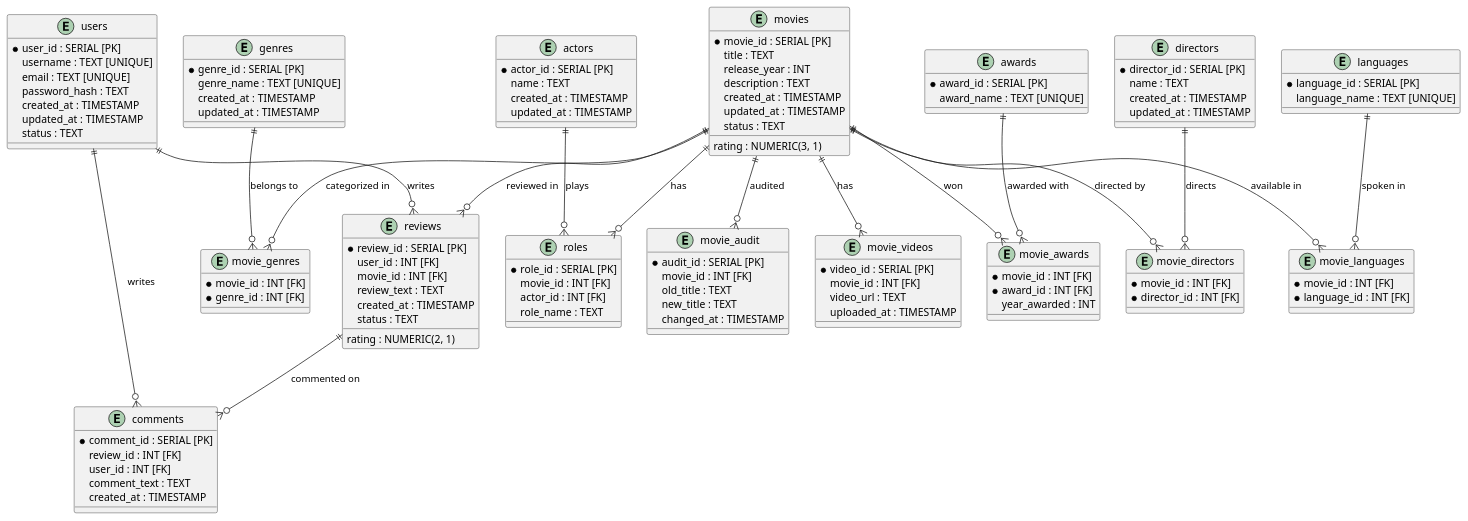
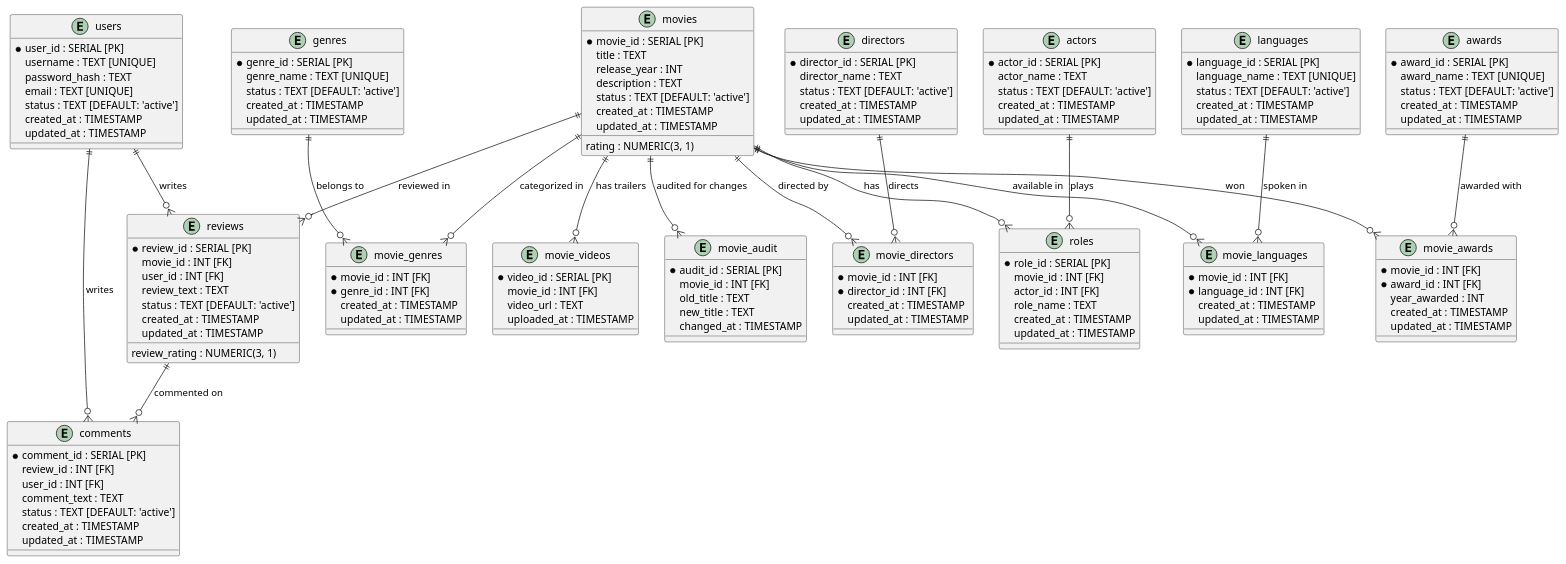
One commit to JeanChavezA/imdb-clone changed the diagram in sql/db_erd.puml. Above: the diagram before and after it, drawn with PlantUML. The commit also changed 4 other files, not shown here.

Commit message:
Implementación de sugerencias de auditoría, optimización de índices y creación del diagrama UML

```diff
--- a/sql/db_erd.puml
+++ b/sql/db_erd.puml
@@ -1,131 +1,155 @@
 @startuml
+
+entity users {
+    *user_id : SERIAL [PK]
+    username : TEXT [UNIQUE]
+    password_hash : TEXT
+    email : TEXT [UNIQUE]
+    status : TEXT [DEFAULT: 'active']
+    created_at : TIMESTAMP
+    updated_at : TIMESTAMP
+}
+
+entity actors {
+    *actor_id : SERIAL [PK]
+    actor_name : TEXT
+    status : TEXT [DEFAULT: 'active']
+    created_at : TIMESTAMP
+    updated_at : TIMESTAMP
+}
+
+entity genres {
+    *genre_id : SERIAL [PK]
+    genre_name : TEXT [UNIQUE]
+    status : TEXT [DEFAULT: 'active']
+    created_at : TIMESTAMP
+    updated_at : TIMESTAMP
+}
+
 entity movies {
     *movie_id : SERIAL [PK]
     title : TEXT
     release_year : INT
     rating : NUMERIC(3, 1)
     description : TEXT
+    status : TEXT [DEFAULT: 'active']
     created_at : TIMESTAMP
     updated_at : TIMESTAMP
-    status : TEXT
 }
 
-entity actors {
-    *actor_id : SERIAL [PK]
-    name : TEXT
+entity directors {
+    *director_id : SERIAL [PK]
+    director_name : TEXT
+    status : TEXT [DEFAULT: 'active']
+    created_at : TIMESTAMP
+    updated_at : TIMESTAMP
+}
+
+entity awards {
+    *award_id : SERIAL [PK]
+    award_name : TEXT [UNIQUE]
+    status : TEXT [DEFAULT: 'active']
+    created_at : TIMESTAMP
+    updated_at : TIMESTAMP
+}
+
+entity languages {
+    *language_id : SERIAL [PK]
+    language_name : TEXT [UNIQUE]
+    status : TEXT [DEFAULT: 'active']
+    created_at : TIMESTAMP
+    updated_at : TIMESTAMP
+}
+
+entity reviews {
+    *review_id : SERIAL [PK]
+    movie_id : INT [FK]
+    user_id : INT [FK]
+    review_text : TEXT
+    review_rating : NUMERIC(3, 1)
+    status : TEXT [DEFAULT: 'active']
+    created_at : TIMESTAMP
+    updated_at : TIMESTAMP
+}
+
+entity comments {
+    *comment_id : SERIAL [PK]
+    review_id : INT [FK]
+    user_id : INT [FK]
+    comment_text : TEXT
+    status : TEXT [DEFAULT: 'active']
     created_at : TIMESTAMP
     updated_at : TIMESTAMP
 }
 
 entity roles {
     *role_id : SERIAL [PK]
     movie_id : INT [FK]
     actor_id : INT [FK]
     role_name : TEXT
-}
-
-entity users {
-    *user_id : SERIAL [PK]
-    username : TEXT [UNIQUE]
-    email : TEXT [UNIQUE]
-    password_hash : TEXT
-    created_at : TIMESTAMP
-    updated_at : TIMESTAMP
-    status : TEXT
-}
-
-entity reviews {
-    *review_id : SERIAL [PK]
-    user_id : INT [FK]
-    movie_id : INT [FK]
-    rating : NUMERIC(2, 1)
-    review_text : TEXT
-    created_at : TIMESTAMP
-    status : TEXT
-}
-
-entity genres {
-    *genre_id : SERIAL [PK]
-    genre_name : TEXT [UNIQUE]
     created_at : TIMESTAMP
     updated_at : TIMESTAMP
 }
 
 entity movie_genres {
     *movie_id : INT [FK]
     *genre_id : INT [FK]
-}
-
-entity directors {
-    *director_id : SERIAL [PK]
-    name : TEXT
     created_at : TIMESTAMP
     updated_at : TIMESTAMP
 }
 
 entity movie_directors {
     *movie_id : INT [FK]
     *director_id : INT [FK]
-}
-
-entity languages {
-    *language_id : SERIAL [PK]
-    language_name : TEXT [UNIQUE]
+    created_at : TIMESTAMP
+    updated_at : TIMESTAMP
 }
 
 entity movie_languages {
     *movie_id : INT [FK]
     *language_id : INT [FK]
-}
-
-entity awards {
-    *award_id : SERIAL [PK]
-    award_name : TEXT [UNIQUE]
+    created_at : TIMESTAMP
+    updated_at : TIMESTAMP
 }
 
 entity movie_awards {
     *movie_id : INT [FK]
     *award_id : INT [FK]
     year_awarded : INT
+    created_at : TIMESTAMP
+    updated_at : TIMESTAMP
 }
 
-entity comments {
-    *comment_id : SERIAL [PK]
-    review_id : INT [FK]
-    user_id : INT [FK]
-    comment_text : TEXT
-    created_at : TIMESTAMP
+entity movie_videos {
+    *video_id : SERIAL [PK]
+    movie_id : INT [FK]
+    video_url : TEXT
+    uploaded_at : TIMESTAMP
 }
 
 entity movie_audit {
     *audit_id : SERIAL [PK]
     movie_id : INT [FK]
     old_title : TEXT
     new_title : TEXT
     changed_at : TIMESTAMP
 }
 
-entity movie_videos {
-    *video_id : SERIAL [PK]
-    movie_id : INT [FK]
-    video_url : TEXT
-    uploaded_at : TIMESTAMP
-}
+users ||--o{ reviews : writes
+movies ||--o{ reviews : reviewed in
+reviews ||--o{ comments : commented on
+users ||--o{ comments : writes
+movies ||--o{ roles : has
+actors ||--o{ roles : plays
+movies ||--o{ movie_genres : categorized in
+genres ||--o{ movie_genres : belongs to
+movies ||--o{ movie_directors : directed by
+directors ||--o{ movie_directors : directs
+movies ||--o{ movie_languages : available in
+languages ||--o{ movie_languages : spoken in
+movies ||--o{ movie_awards : won
+awards ||--o{ movie_awards : awarded with
+movies ||--o{ movie_videos : has trailers
+movies ||--o{ movie_audit : audited for changes
 
-movies ||--o{ roles : "has"
-actors ||--o{ roles : "plays"
-movies ||--o{ reviews : "reviewed in"
-users ||--o{ reviews : "writes"
-movies ||--o{ movie_genres : "categorized in"
-genres ||--o{ movie_genres : "belongs to"
-movies ||--o{ movie_directors : "directed by"
-directors ||--o{ movie_directors : "directs"
-movies ||--o{ movie_languages : "available in"
-languages ||--o{ movie_languages : "spoken in"
-movies ||--o{ movie_awards : "won"
-awards ||--o{ movie_awards : "awarded with"
-reviews ||--o{ comments : "commented on"
-users ||--o{ comments : "writes"
-movies ||--o{ movie_videos : "has"
-movies ||--o{ movie_audit : "audited"
 @enduml
```
